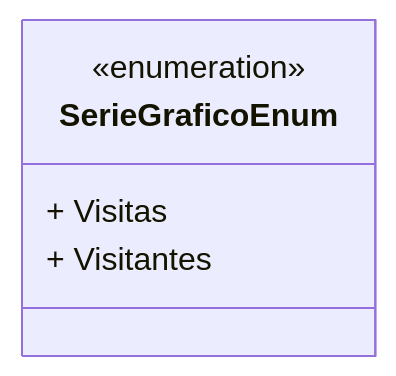
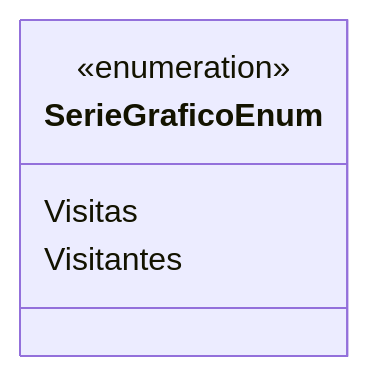
One commit to IsthmusSistemas/documentacao-tecnica changed the diagram in docs/b2b-dominio/IsthmusWinthor.Nucleo/IsthmusWinthor.Dominio/Enumeradores/SerieGraficoEnum.md. Above: the diagram before and after it, drawn with Mermaid. The commit also changed other lines of this file and 882 other files, not shown here.

````diff
--- a/docs/b2b-dominio/IsthmusWinthor.Nucleo/IsthmusWinthor.Dominio/Enumeradores/SerieGraficoEnum.md
+++ b/docs/b2b-dominio/IsthmusWinthor.Nucleo/IsthmusWinthor.Dominio/Enumeradores/SerieGraficoEnum.md
@@ -11,8 +12,8 @@
 ```mermaid
 classDiagram
     class SerieGraficoEnum {
         <<enumeration>>
-        + Visitas
-        + Visitantes
+        Visitas
+        Visitantes
     }
-``` 
+```
````
